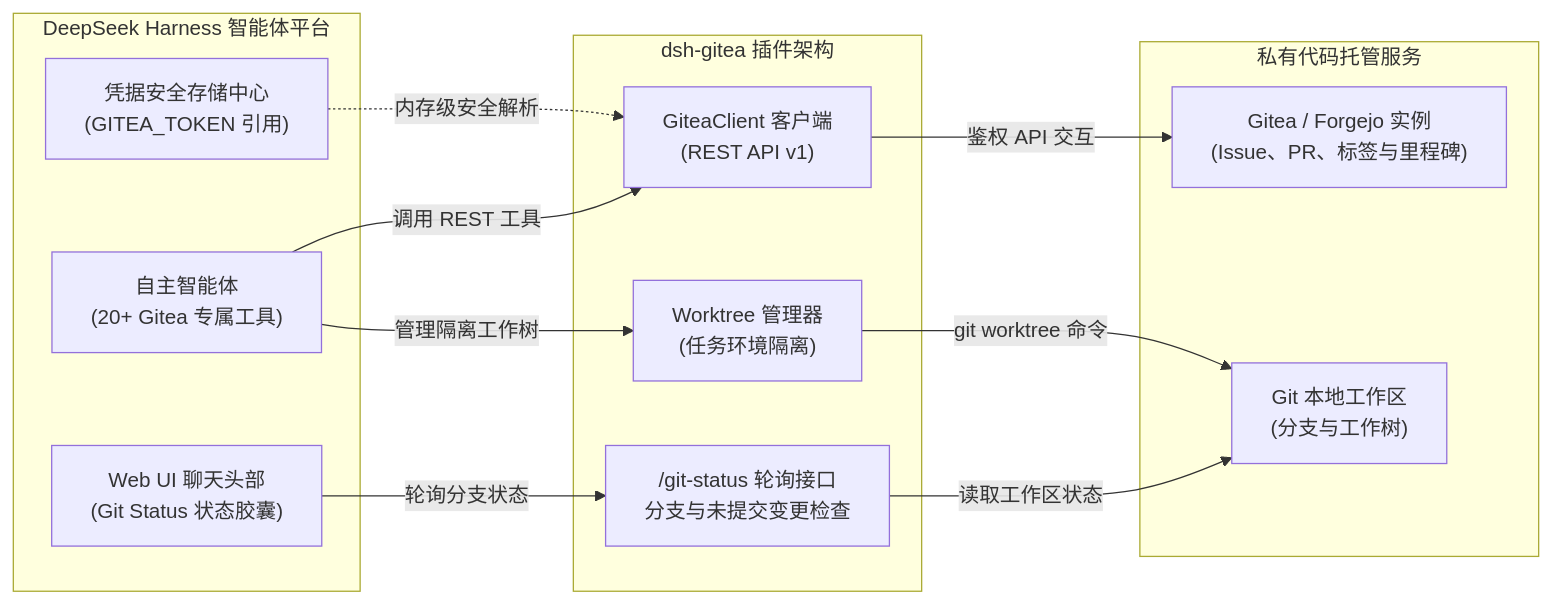
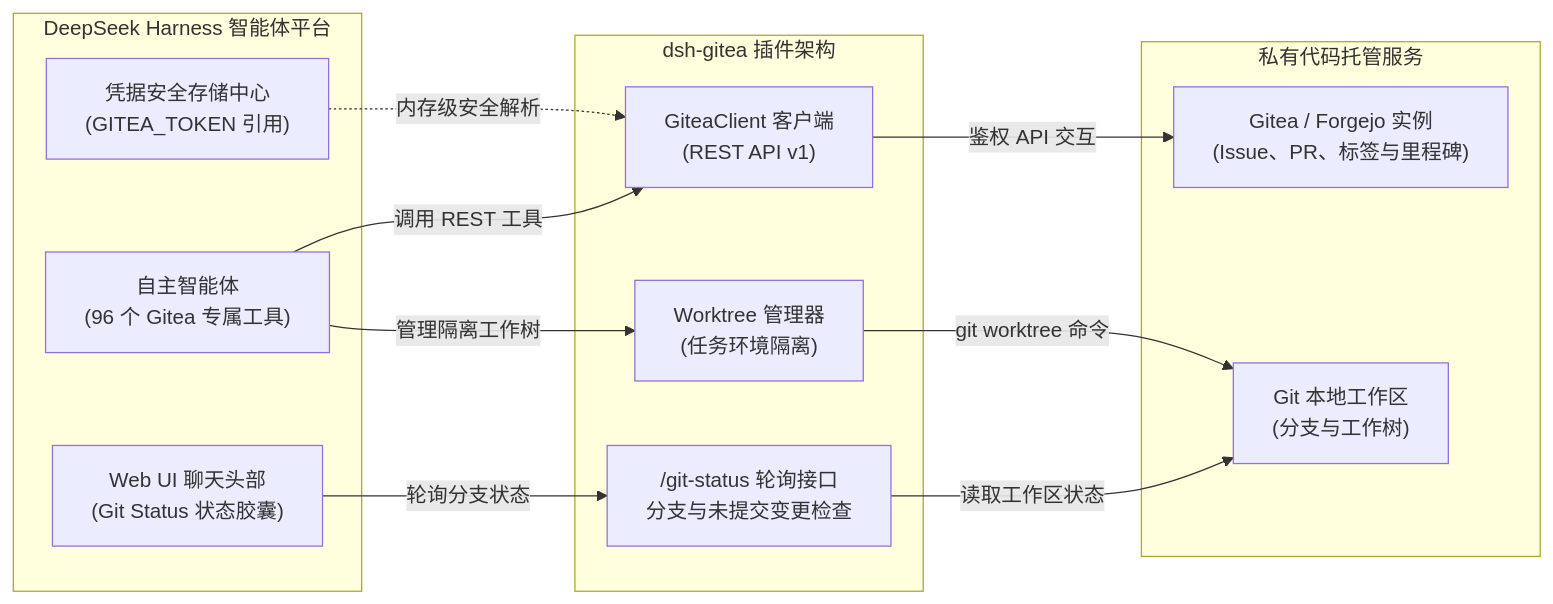
The diagram in README.zh.md (GooDAnDReaDY/dsh-gitea), drawn with Mermaid before and after one commit. The commit also changed other lines of this file and 5 other files, not shown here.

````diff
--- a/README.zh.md
+++ b/README.zh.md
@@ -59,27 +48,27 @@
 ```mermaid
 graph LR
     subgraph DSH ["DeepSeek Harness 智能体平台"]
         UI["Web UI 聊天头部<br/>(Git Status 状态胶囊)"]
-        Agent["自主智能体<br/>(20+ Gitea 专属工具)"]
+        Agent["自主智能体<br/>(96 个 Gitea 专属工具)"]
         Creds["凭据安全存储中心<br/>(GITEA_TOKEN 引用)"]
     end
 
     subgraph Plugin ["dsh-gitea 插件架构"]
         ChipPoller["/git-status 轮询接口<br/>分支与未提交变更检查"]
         Client["GiteaClient 客户端<br/>(REST API v1)"]
         WorktreeMgr["Worktree 管理器<br/>(任务环境隔离)"]
     end
 
     subgraph Server ["私有代码托管服务"]
         Gitea["Gitea / Forgejo 实例<br/>(Issue、PR、标签与里程碑)"]
         GitRepo["Git 本地工作区<br/>(分支与工作树)"]
     end
 
     UI -->|轮询分支状态| ChipPoller
     ChipPoller -->|读取工作区状态| GitRepo
     Agent -->|调用 REST 工具| Client
     Agent -->|管理隔离工作树| WorktreeMgr
     WorktreeMgr -->|git worktree 命令| GitRepo
     Client -->|鉴权 API 交互| Gitea
     Creds -.->|内存级安全解析| Client
 ```
````
